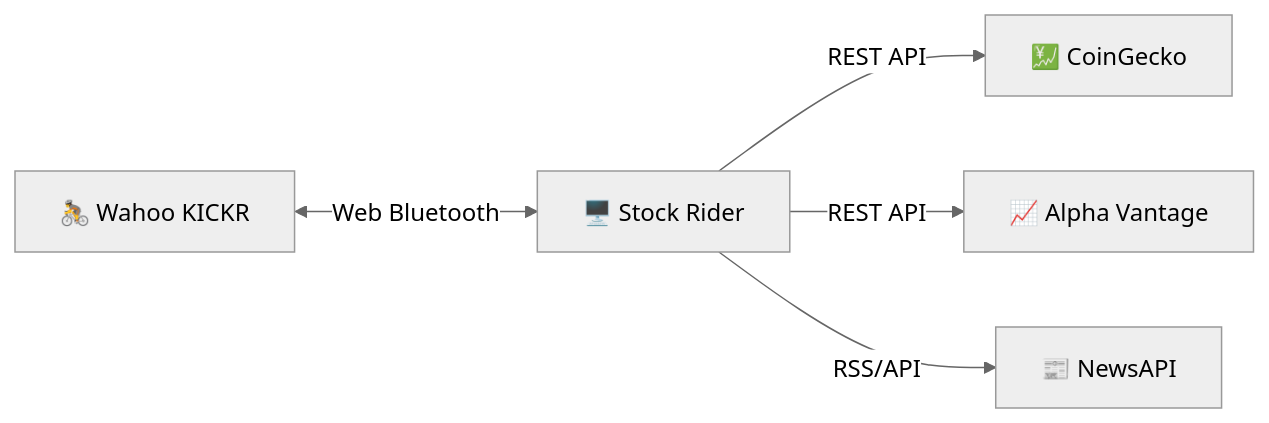
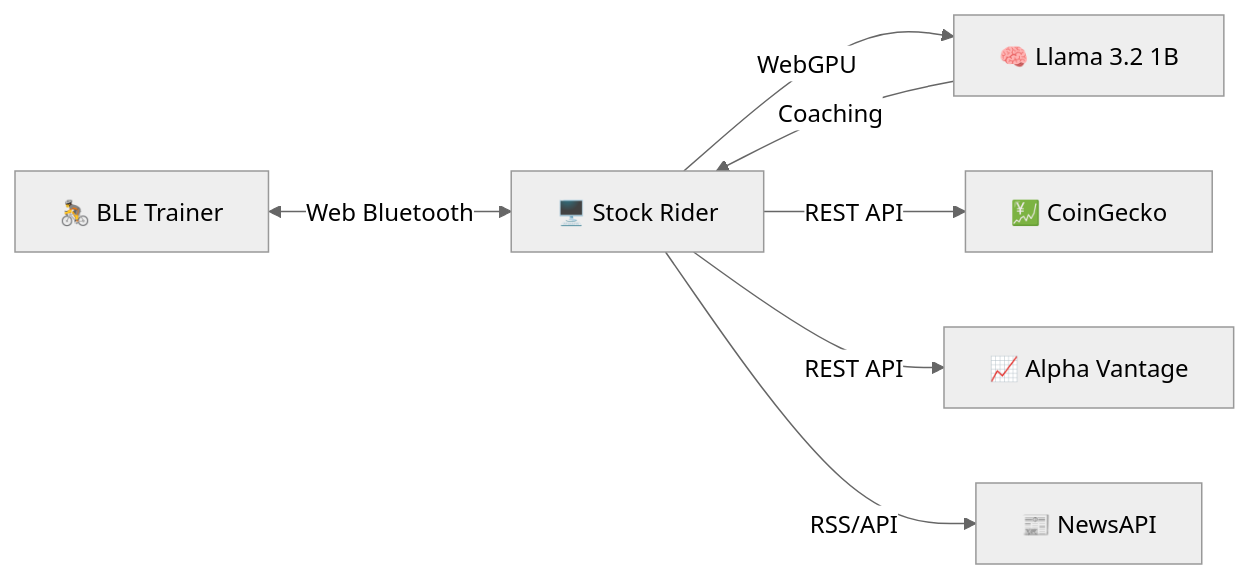
Before and after one commit to AdrianBesleaga/rider: the diagram in README.md, drawn with Mermaid (neutral theme). The commit also changed other lines of this file and 31 other files, not shown here.

Commit message:
feat: Add AI-powered motivational messages and loading overlay via WebLLM, and remove podcast, crypto, and stock chart components.

````diff
--- a/README.md
+++ b/README.md
@@ -75,7 +148,9 @@
 ```mermaid
 graph LR
-    KICKR["🚴 Wahoo KICKR"] <-->|Web Bluetooth| APP["🖥️ Stock Rider"]
+    KICKR["🚴 BLE Trainer"] <-->|Web Bluetooth| APP["🖥️ Stock Rider"]
+    APP -->|WebGPU| LLM["🧠 Llama 3.2 1B"]
     APP -->|REST API| CRYPTO["💹 CoinGecko"]
     APP -->|REST API| STOCKS["📈 Alpha Vantage"]
     APP -->|RSS/API| NEWS["📰 NewsAPI"]
+    LLM -->|Coaching| APP
 ```
````
